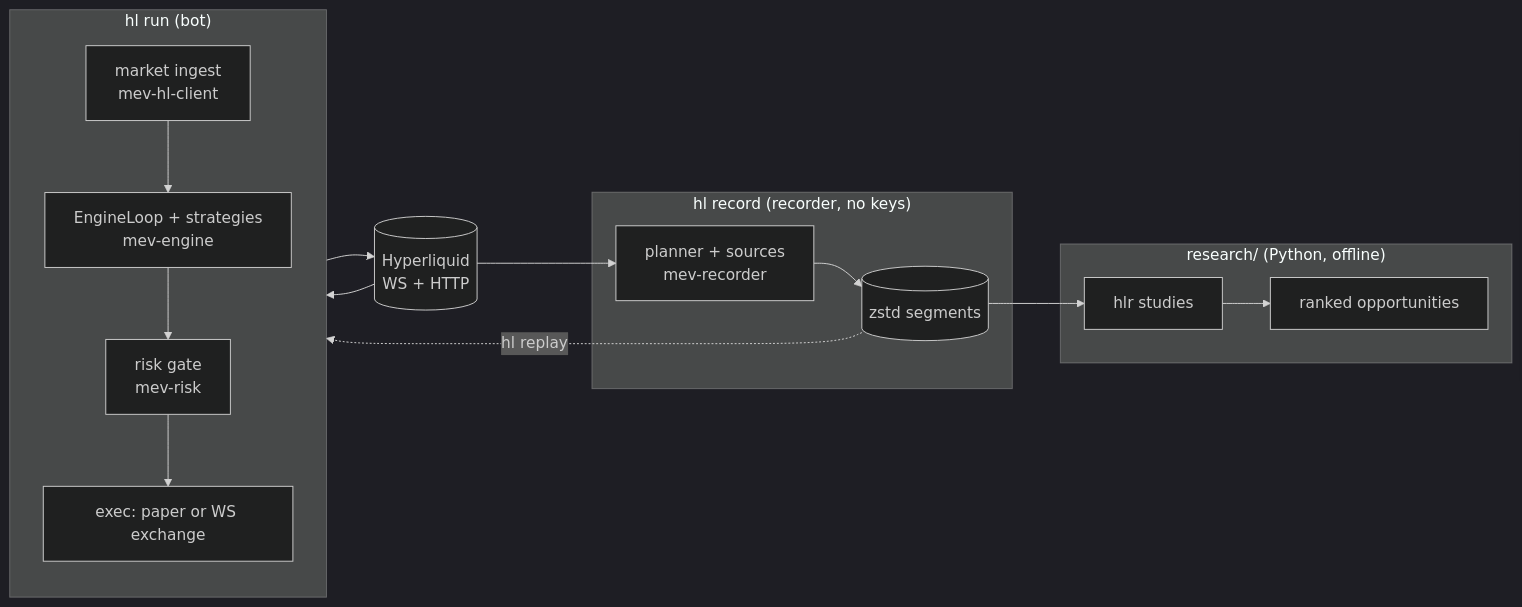
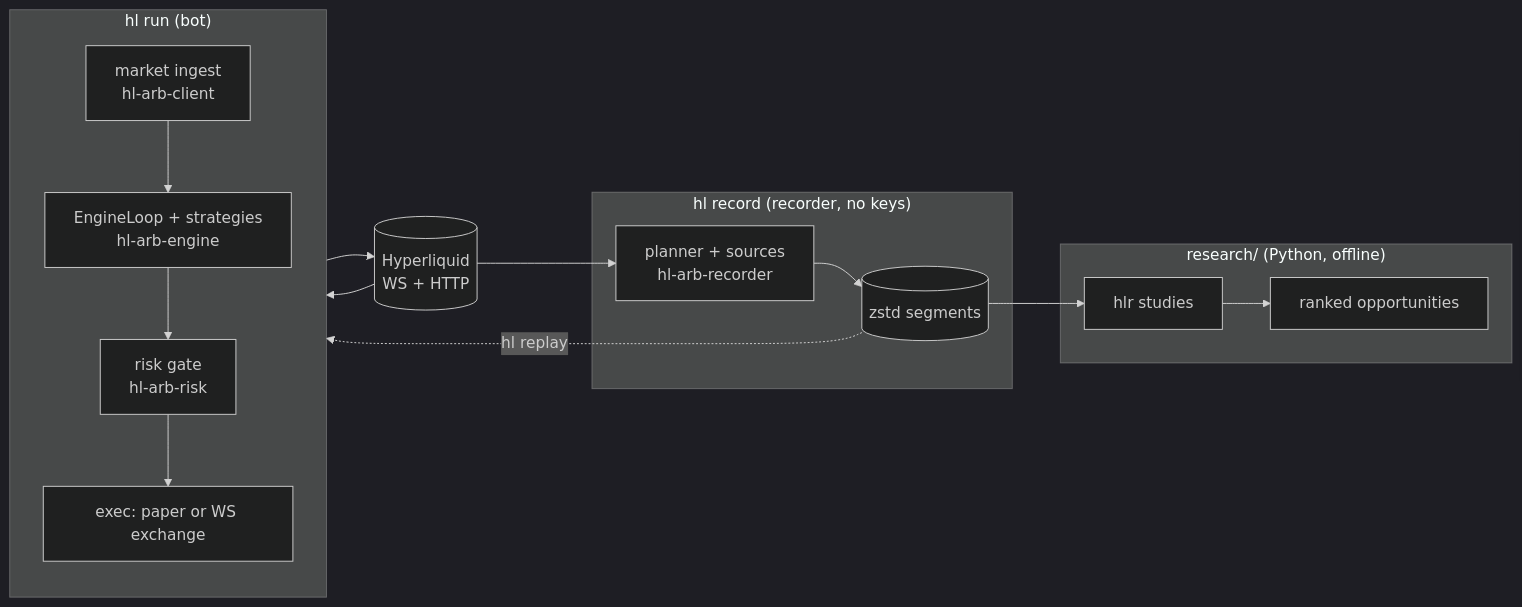
The diagram in README.md (garyb9/mev-bot), drawn with Mermaid (dark theme) before and after one commit. The commit also changed other lines of this file and 194 other files, not shown here.

First line of the commit message:
refactor: rename crates mev-* to hl-arb-* (mev-hl-client becomes hl-arb-client)

````diff
--- a/README.md
+++ b/README.md
@@ -29,20 +29,20 @@
 ```mermaid
 flowchart LR
   HL[("Hyperliquid<br/>WS + HTTP")]
   subgraph bot["hl run (bot)"]
     direction TB
-    ingest["market ingest<br/>mev-hl-client"] --> engine["EngineLoop + strategies<br/>mev-engine"]
-    engine --> risk["risk gate<br/>mev-risk"] --> exec["exec: paper or WS exchange"]
+    ingest["market ingest<br/>hl-arb-client"] --> engine["EngineLoop + strategies<br/>hl-arb-engine"]
+    engine --> risk["risk gate<br/>hl-arb-risk"] --> exec["exec: paper or WS exchange"]
   end
   subgraph rec["hl record (recorder, no keys)"]
-    planner["planner + sources<br/>mev-recorder"] --> seg[("zstd segments")]
+    planner["planner + sources<br/>hl-arb-recorder"] --> seg[("zstd segments")]
   end
   subgraph res["research/ (Python, offline)"]
     studies["hlr studies"] --> rank["ranked opportunities"]
   end
   HL --> ingest
   HL --> planner
   exec --> HL
   seg --> studies
   seg -.->|"hl replay"| engine
 ```
````
